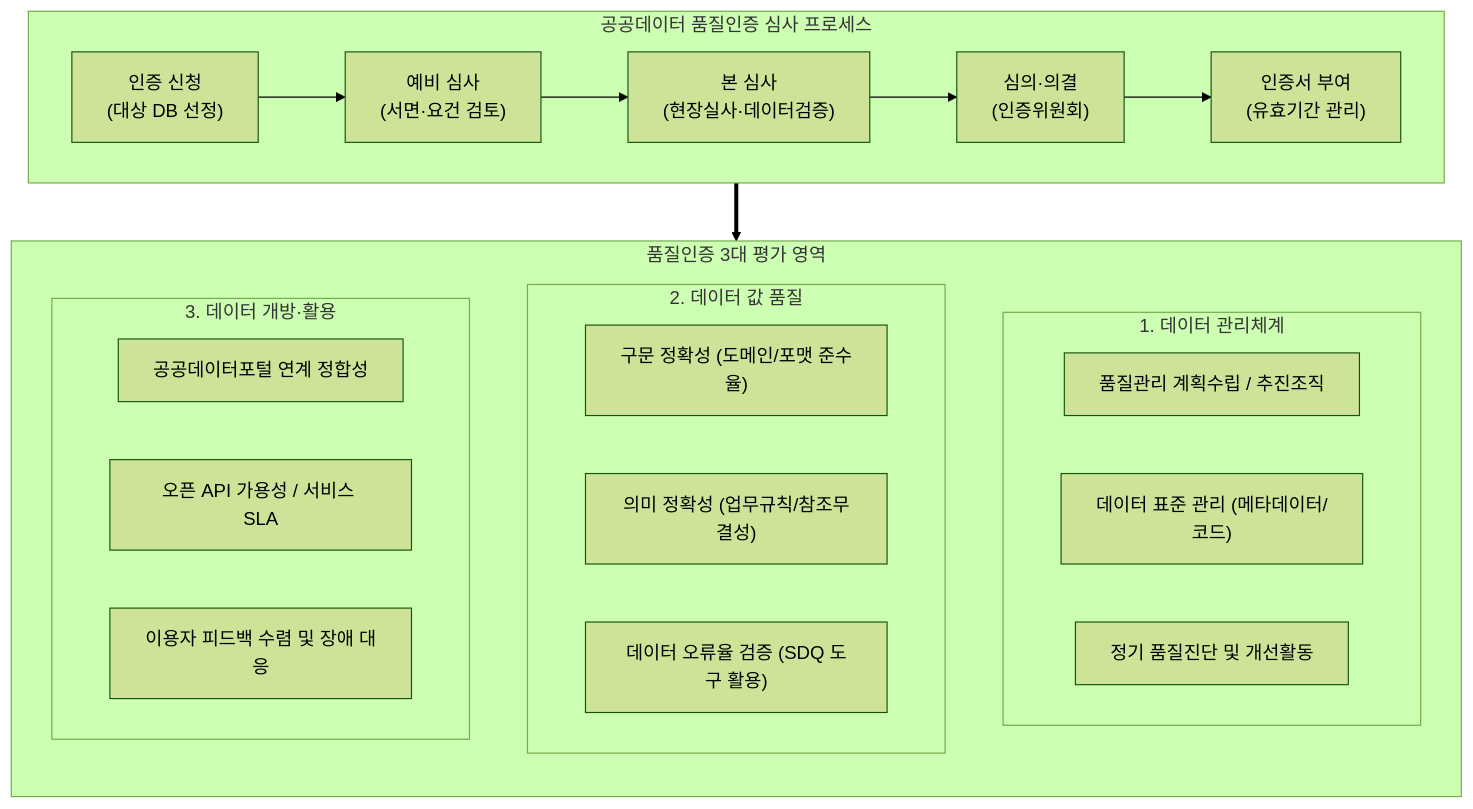
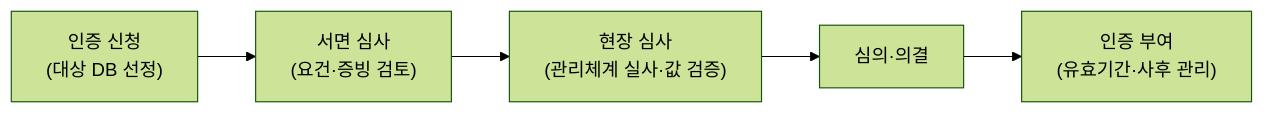
Before and after one commit to supremethumb/supremethumb.github.io: the diagram in content/01_IT Tech/공공데이터 품질인증 매뉴얼(2025.07.).md, drawn with Mermaid (forest theme). The commit also changed other lines of this file and 1087 other files, not shown here.

````diff
--- a/content/01_IT Tech/공공데이터 품질인증 매뉴얼(2025.07.).md
+++ b/content/01_IT Tech/공공데이터 품질인증 매뉴얼(2025.07.).md
@@ -27,34 +34,7 @@
 ```mermaid
-flowchart TB
-    subgraph PROCESS["공공데이터 품질인증 심사 프로세스"]
-        direction LR
-        P1["인증 신청<br/>(대상 DB 선정)"] --> P2["예비 심사<br/>(서면·요건 검토)"]
-        P2 --> P3["본 심사<br/>(현장실사·데이터검증)"]
-        P3 --> P4["심의·의결<br/>(인증위원회)"]
-        P4 --> P5["인증서 부여<br/>(유효기간 관리)"]
-    end
-
-    subgraph DOMAINS["품질인증 3대 평가 영역"]
-        direction TB
-        subgraph D1["1. 데이터 관리체계"]
-            D1_1["품질관리 계획수립 / 추진조직"]
-            D1_2["데이터 표준 관리 (메타데이터/코드)"]
-            D1_3["정기 품질진단 및 개선활동"]
-        end
-
-        subgraph D2["2. 데이터 값 품질"]
-            D2_1["구문 정확성 (도메인/포맷 준수율)"]
-            D2_2["의미 정확성 (업무규칙/참조무결성)"]
-            D2_3["데이터 오류율 검증 (SDQ 도구 활용)"]
-        end
-
-        subgraph D3["3. 데이터 개방·활용"]
-            D3_1["공공데이터포털 연계 정합성"]
-            D3_2["오픈 API 가용성 / 서비스 SLA"]
-            D3_3["이용자 피드백 수렴 및 장애 대응"]
-        end
-    end
-
-    PROCESS ==> DOMAINS
-
+flowchart LR
+    A["인증 신청<br/>(대상 DB 선정)"] --> B["서면 심사<br/>(요건·증빙 검토)"]
+    B --> C["현장 심사<br/>(관리체계 실사·값 검증)"]
+    C --> D["심의·의결"]
+    D --> E["인증 부여<br/>(유효기간·사후 관리)"]
 ```
````
